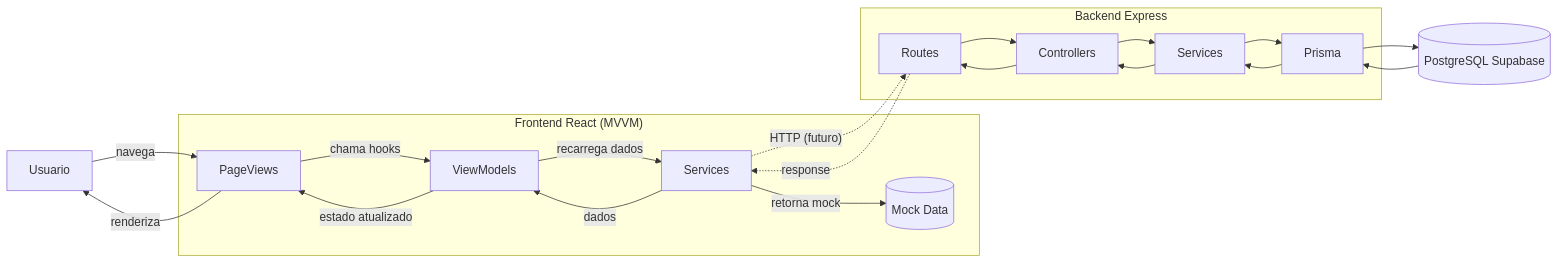
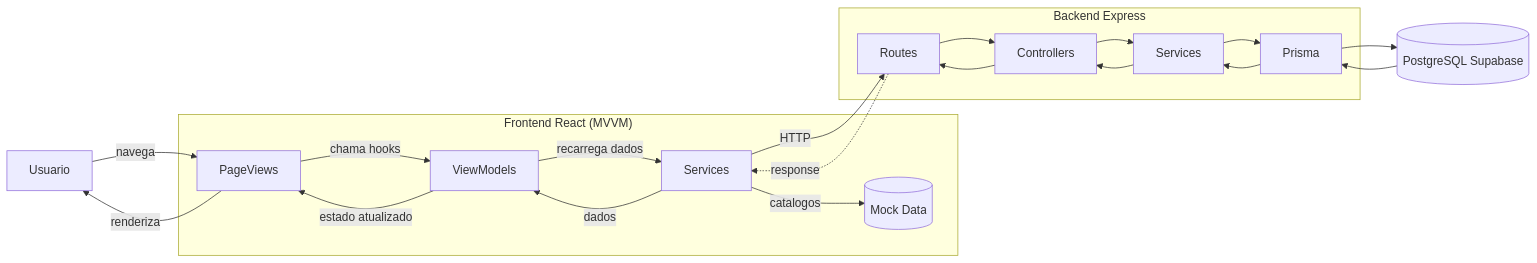
One commit to luis-botelho/safeanchor-monorepo changed the second of 2 diagrams in apps/frontend/README.md. Above: the diagram before and after it, drawn with Mermaid. The commit also changed other lines of this file and 3 other files, not shown here.

````diff
--- a/apps/frontend/README.md
+++ b/apps/frontend/README.md
@@ -164,32 +176,32 @@
 ```mermaid
 flowchart LR
     U["Usuario"]
 
     subgraph F["Frontend React (MVVM)"]
         V["PageViews"]
         VM["ViewModels"]
         S["Services"]
         M[("Mock Data")]
     end
 
     subgraph B["Backend Express"]
         R["Routes"]
         C["Controllers"]
         SR["Services"]
         P["Prisma"]
     end
 
     DB[("PostgreSQL Supabase")]
 
     U -->|"navega"| V
     V -->|"chama hooks"| VM
     VM -->|"recarrega dados"| S
-    S -->|"retorna mock"| M
-    S -.->|"HTTP (futuro)"| R
+    S -->|"catalogos"| M
+    S -->|"HTTP"| R
     R --> C --> SR --> P --> DB
     DB --> P --> SR --> C --> R
     R -.->|"response"| S
     S -->|"dados"| VM
     VM -->|"estado atualizado"| V
     V -->|"renderiza"| U
 ```
````
